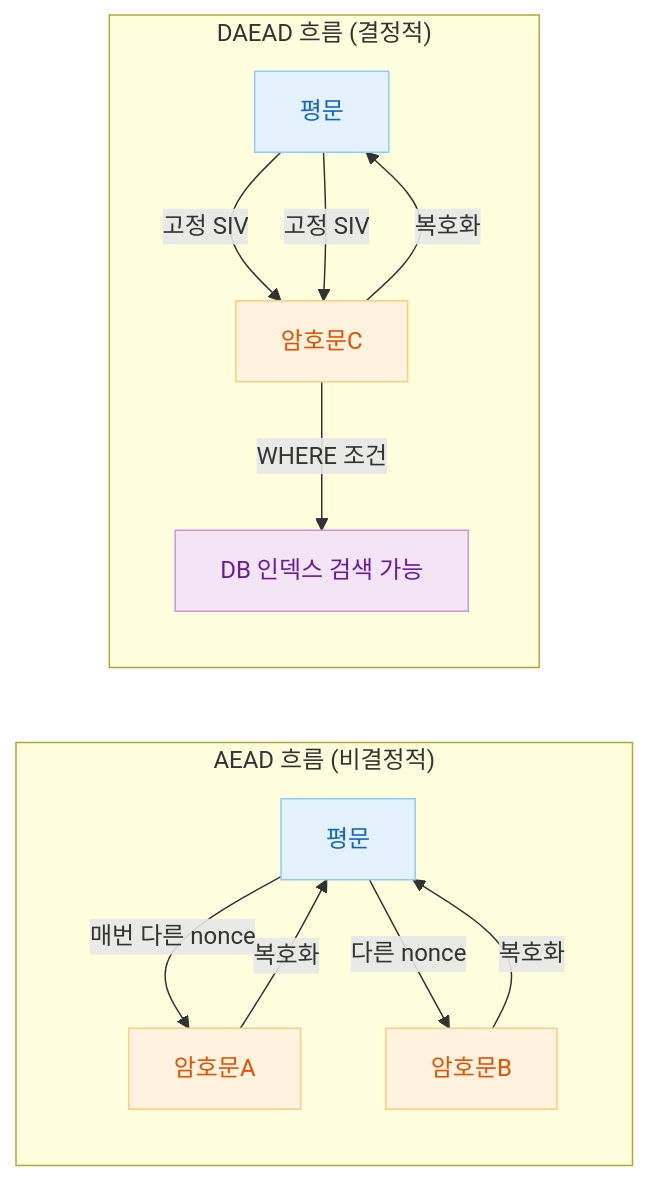
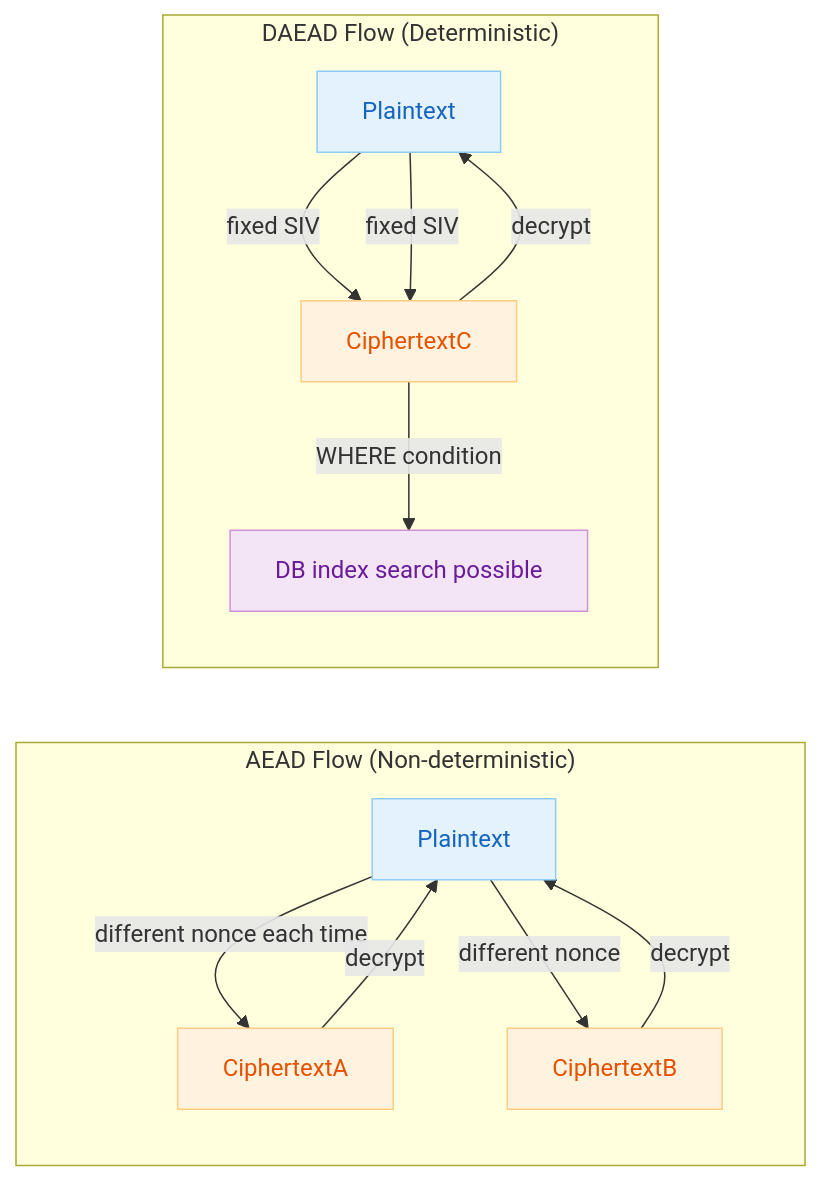
The first of 2 diagrams in 06-advanced/12-exposed-tink/README.md (bluetape4k/exposed-workshop), drawn with Mermaid before and after one commit. The commit also changed other lines of this file and 115 other files, not shown here.

````diff
--- a/06-advanced/12-exposed-tink/README.md
+++ b/06-advanced/12-exposed-tink/README.md
@@ -33,24 +35,24 @@
 ```mermaid
 flowchart LR
-    subgraph AEAD_Flow["AEAD 흐름 (비결정적)"]
-        P1["평문"] -->|" 매번 다른 nonce "| E1["암호문A"]
-        P1 -->|" 다른 nonce "| E2["암호문B"]
-        E1 & E2 -->|" 복호화 "| P1
+    subgraph AEAD_Flow["AEAD Flow (Non-deterministic)"]
+        P1["Plaintext"] -->|" different nonce each time "| E1["CiphertextA"]
+        P1 -->|" different nonce "| E2["CiphertextB"]
+        E1 & E2 -->|" decrypt "| P1
     end
 
-    subgraph DAEAD_Flow["DAEAD 흐름 (결정적)"]
-        P2["평문"] -->|" 고정 SIV "| E3["암호문C"]
-        P2 -->|" 고정 SIV "| E3
-        E3 -->|" 복호화 "| P2
-        E3 -->|" WHERE 조건 "| Q["DB 인덱스 검색 가능"]
+    subgraph DAEAD_Flow["DAEAD Flow (Deterministic)"]
+        P2["Plaintext"] -->|" fixed SIV "| E3["CiphertextC"]
+        P2 -->|" fixed SIV "| E3
+        E3 -->|" decrypt "| P2
+        E3 -->|" WHERE condition "| Q["DB index search possible"]
     end
 
     classDef blue fill:#E3F2FD,stroke:#90CAF9,color:#1565C0
     classDef green fill:#E8F5E9,stroke:#A5D6A7,color:#2E7D32
     classDef orange fill:#FFF3E0,stroke:#FFCC80,color:#E65100
     classDef purple fill:#F3E5F5,stroke:#CE93D8,color:#6A1B9A
 
     class P1,P2 blue
     class E1,E2,E3 orange
     class Q purple
 ```
````
